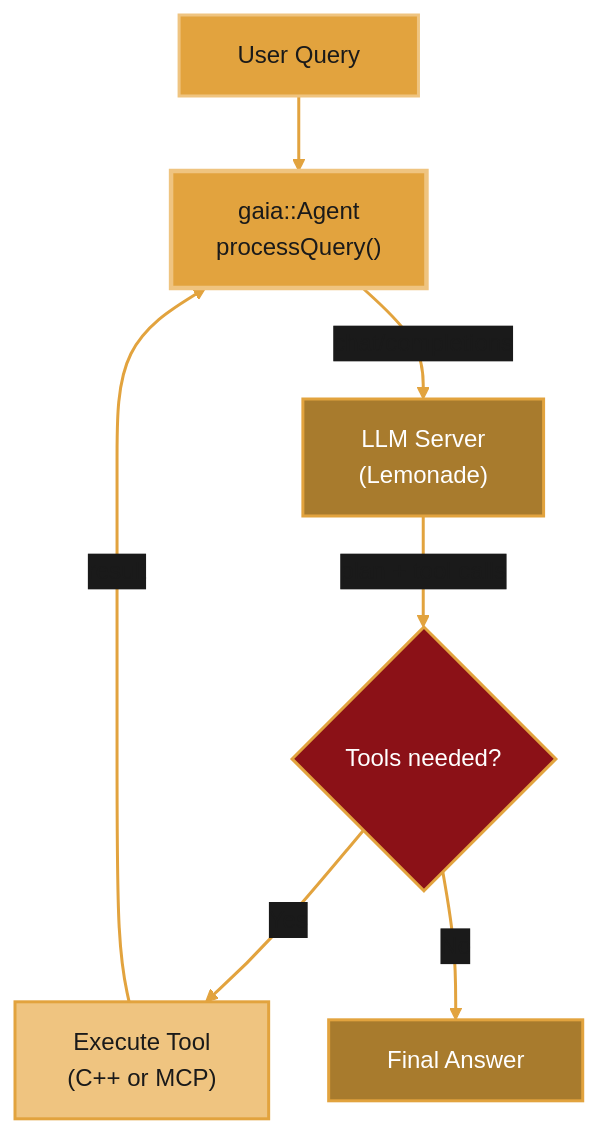
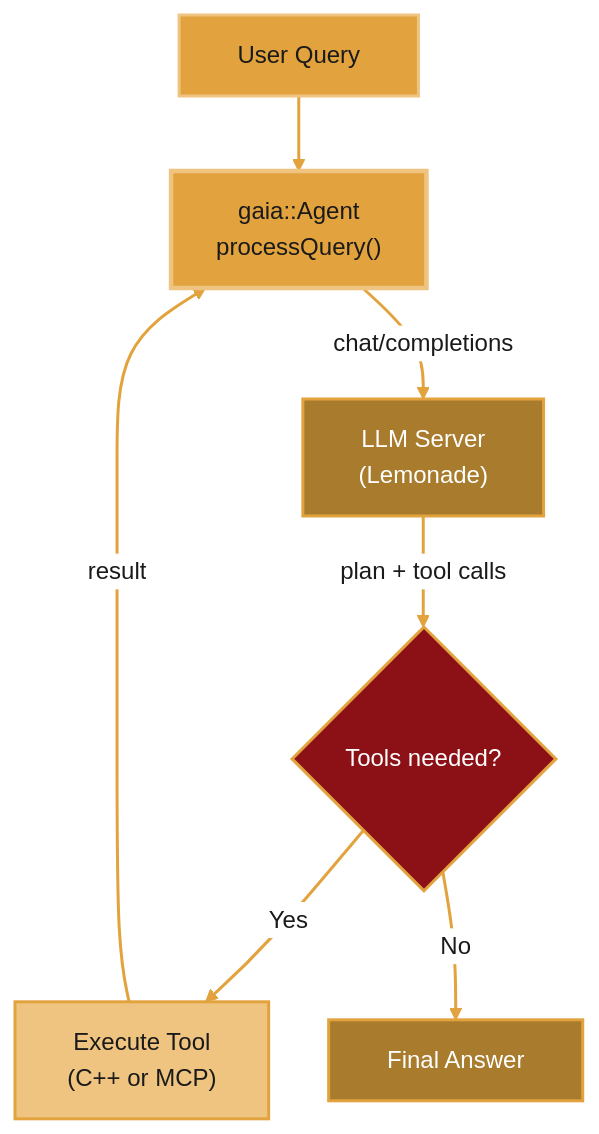
One commit to amd/gaia changed the first of 3 diagrams in docs/cpp/overview.mdx. Above: the diagram before and after it, drawn with Mermaid. The commit also changed other lines of this file and 124 other files, not shown here.

First line of the commit message:
docs: full documentation audit (accuracy, dark-mode diagrams, persona review) (#1982)

````diff
--- a/docs/cpp/overview.mdx
+++ b/docs/cpp/overview.mdx
@@ -41,18 +41,18 @@
 ```mermaid
-%%{init: {'theme':'base', 'themeVariables': { 'primaryColor':'#E2A33E', 'fontSize':'16px', 'lineColor':'#E2A33E', 'primaryTextColor':'#1a1a1a', 'edgeLabelBackground':'#1a1a1a'}, 'flowchart': {'curve': 'basis', 'nodeSpacing': 40, 'rankSpacing': 50}}}%%
+%%{init: {'theme':'base', 'themeVariables': { 'primaryColor':'#E2A33E', 'primaryTextColor':'#1a1a1a', 'primaryBorderColor':'#A87B2D', 'lineColor':'#A87B2D', 'edgeLabelBackground':'#ffffff', 'fontFamily':'system-ui, -apple-system, sans-serif'}, 'flowchart': {'curve': 'basis', 'nodeSpacing': 40, 'rankSpacing': 50}}}%%
 flowchart TD
     A["&nbsp;&nbsp;User Query&nbsp;&nbsp;"] --> B["&nbsp;&nbsp;gaia::Agent&nbsp;&nbsp;<br/>processQuery()"]
     B -->|"chat/completions"| C["&nbsp;&nbsp;LLM Server&nbsp;&nbsp;<br/>(Lemonade)"]
     C -->|"plan + tool calls"| D{"&nbsp;&nbsp;Tools needed?&nbsp;&nbsp;"}
     D -->|"Yes"| E["&nbsp;&nbsp;Execute Tool&nbsp;&nbsp;<br/>(C++ or MCP)"]
     E -->|"result"| B
     D -->|"No"| F["&nbsp;&nbsp;Final Answer&nbsp;&nbsp;"]
 
     style A fill:#E2A33E,stroke:#EFC480,stroke-width:2px,color:#1a1a1a
     style B fill:#E2A33E,stroke:#EFC480,stroke-width:3px,color:#1a1a1a
     style C fill:#A87B2D,stroke:#E2A33E,stroke-width:2px,color:#fff
     style D fill:#8B1117,stroke:#E2A33E,stroke-width:2px,color:#fff
     style E fill:#EFC480,stroke:#E2A33E,stroke-width:2px,color:#1a1a1a
     style F fill:#A87B2D,stroke:#E2A33E,stroke-width:2px,color:#fff
     linkStyle default stroke:#E2A33E,stroke-width:2px
 ```
````
